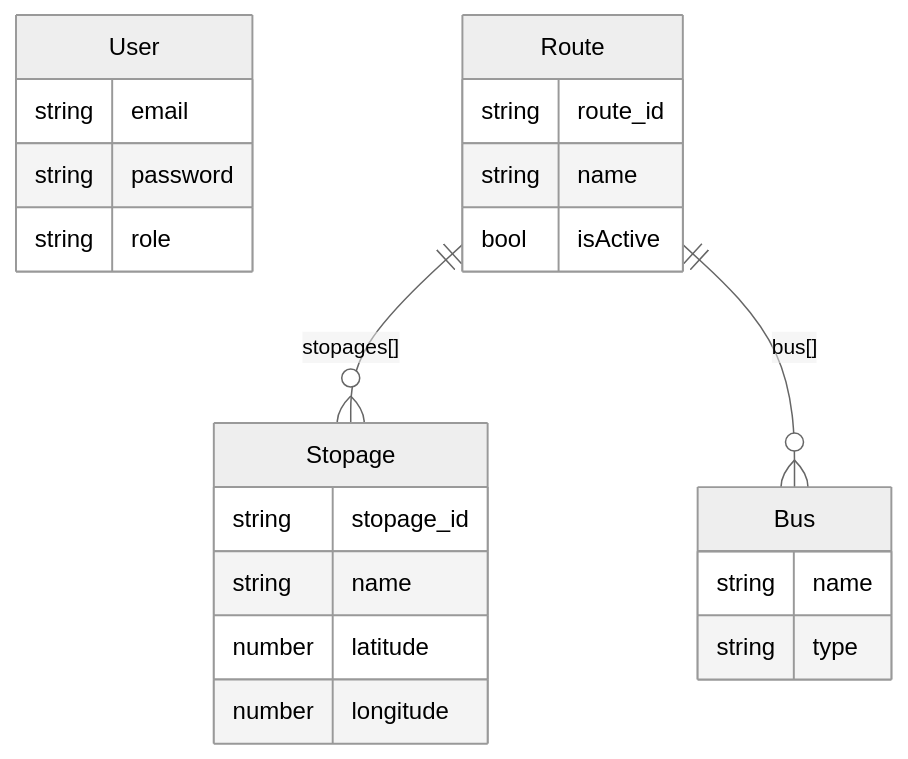
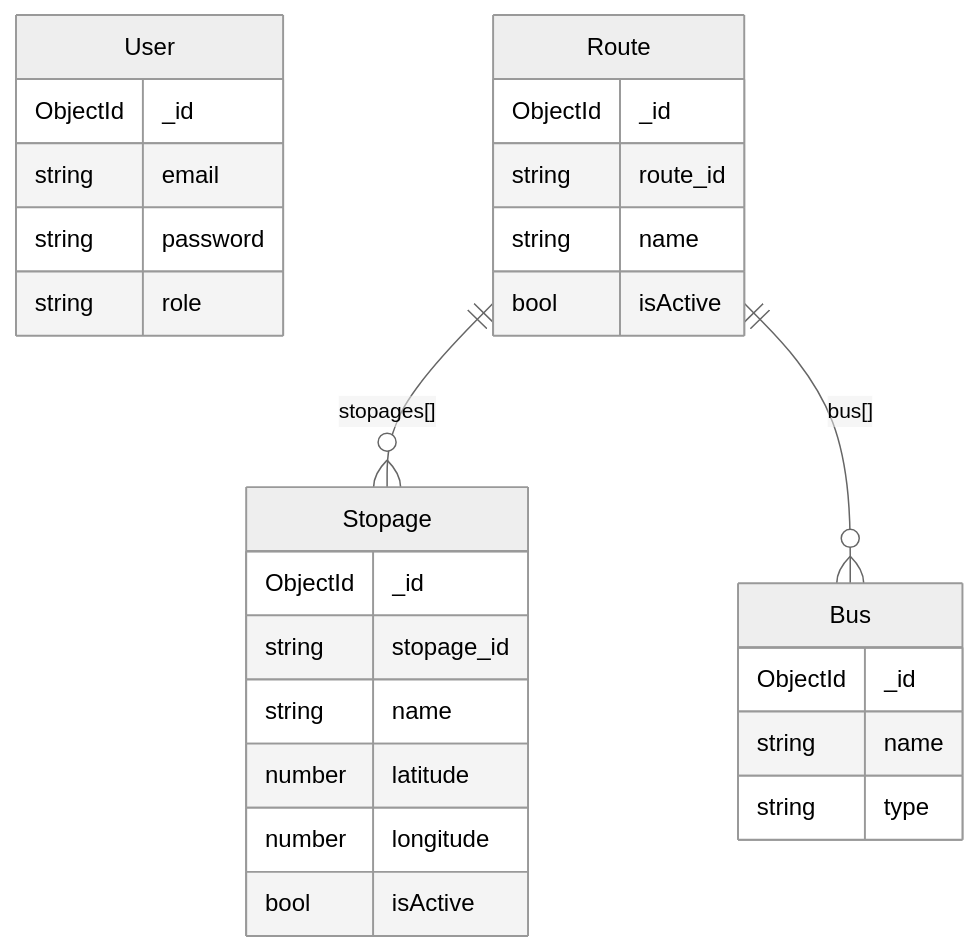
Before and after one commit to BU-Trace/UniversityBusTransportSystem: the diagram in server/README.md, drawn with Mermaid (neutral theme). The commit also changed other lines of this file, not shown here.

Commit message:
docs: refine db schema notes

````diff
--- a/server/README.md
+++ b/server/README.md
@@ -32,25 +33,30 @@
 ```mermaid
 erDiagram
   User {
+    ObjectId _id
     string email
     string password
     string role
   }
   Stopage {
+    ObjectId _id
     string stopage_id
     string name
     number latitude
     number longitude
+    bool isActive
   }
   Bus {
+    ObjectId _id
     string name
     string type
   }
   Route {
+    ObjectId _id
     string route_id
     string name
     bool isActive
   }
   Route ||--o{ Stopage : "stopages[]"
   Route ||--o{ Bus : "bus[]"
 ```
````
